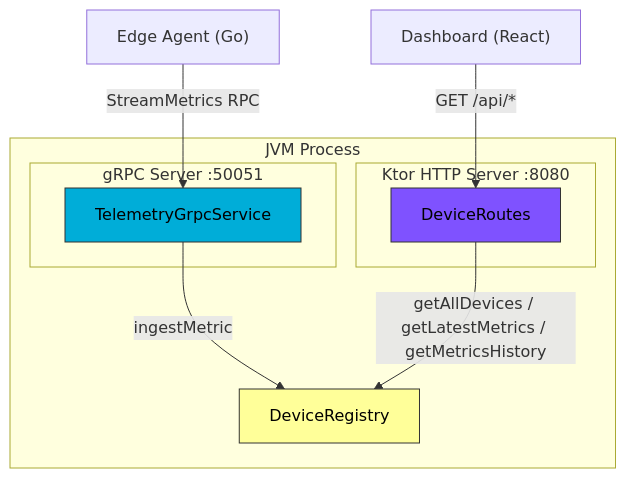
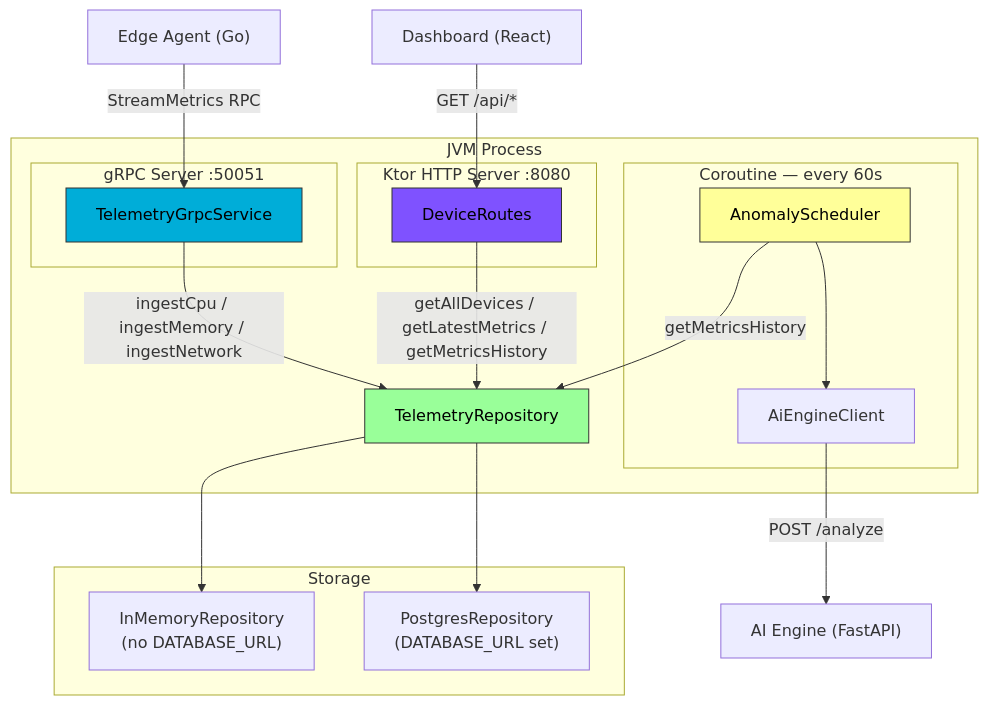
One commit to Yahia995/edge-telemetry changed the diagram in backend/README.md. Above: the diagram before and after it, drawn with Mermaid. The commit also changed other lines of this file and 2 other files, not shown here.

First line of the commit message:
docs: update all READMEs to reflect completed Phase 6

````diff
--- a/backend/README.md
+++ b/backend/README.md
@@ -57,24 +61,38 @@
 ```mermaid
 graph TD
     subgraph "JVM Process"
         subgraph "gRPC Server :50051"
             A[TelemetryGrpcService]
         end
 
         subgraph "Ktor HTTP Server :8080"
             B[DeviceRoutes]
         end
 
-        C[DeviceRegistry]
+        subgraph "Coroutine — every 60s"
+            C[AnomalyScheduler]
+            D[AiEngineClient]
+            C --> D
+        end
 
-        A -->|ingestMetric| C
-        B -->|getAllDevices / getLatestMetrics / getMetricsHistory| C
+        E[TelemetryRepository]
+
+        A -->|ingestCpu / ingestMemory / ingestNetwork| E
+        B -->|getAllDevices / getLatestMetrics / getMetricsHistory| E
+        C -->|getMetricsHistory| E
     end
 
     Agent["Edge Agent (Go)"] -->|StreamMetrics RPC| A
     Dashboard["Dashboard (React)"] -->|GET /api/*| B
+    D -->|POST /analyze| AI["AI Engine (FastAPI)"]
+
+    subgraph "Storage"
+        E --> F["InMemoryRepository\n(no DATABASE_URL)"]
+        E --> G["PostgresRepository\n(DATABASE_URL set)"]
+    end
 
     style A fill:#00ADD8,stroke:#333,color:#000
     style B fill:#7F52FF,stroke:#333,color:#000
     style C fill:#ff9,stroke:#333,color:#000
+    style E fill:#9f9,stroke:#333,color:#000
 ```
````
